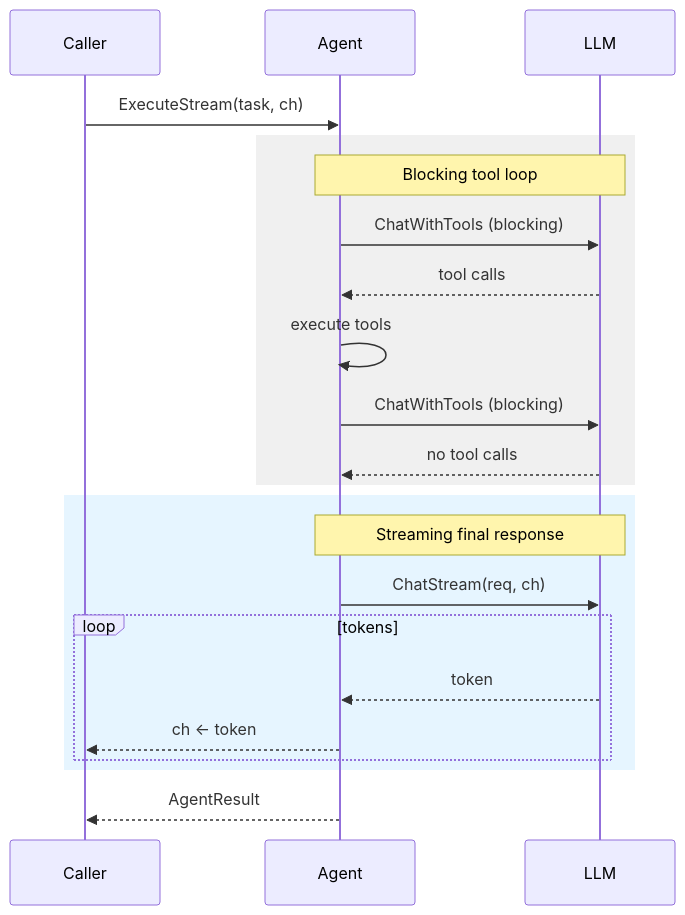
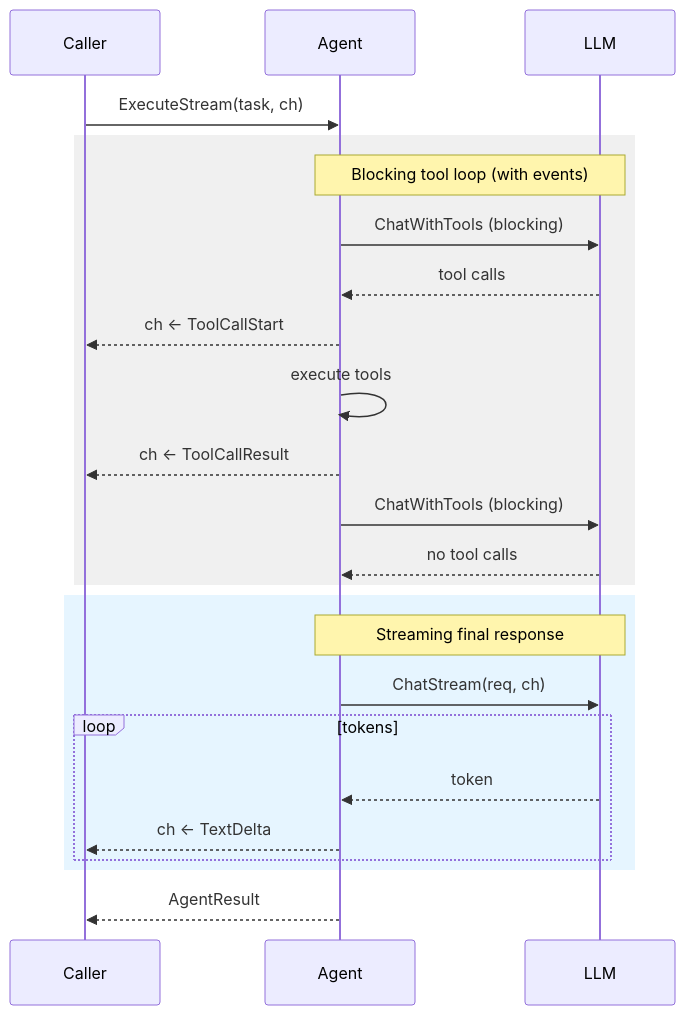
Before and after one commit to nevindra/oasis: the diagram in docs/guides/streaming.md, drawn with Mermaid. The commit also changed other lines of this file and 20 other files, not shown here.

````diff
--- a/docs/guides/streaming.md
+++ b/docs/guides/streaming.md
@@ -26,28 +57,30 @@
 ```mermaid
 sequenceDiagram
     participant Caller
     participant Agent
     participant LLM
 
     Caller->>Agent: ExecuteStream(task, ch)
 
     rect rgb(240, 240, 240)
-        Note over Agent,LLM: Blocking tool loop
+        Note over Agent,LLM: Blocking tool loop (with events)
         Agent->>LLM: ChatWithTools (blocking)
         LLM-->>Agent: tool calls
+        Agent-->>Caller: ch <- ToolCallStart
         Agent->>Agent: execute tools
+        Agent-->>Caller: ch <- ToolCallResult
         Agent->>LLM: ChatWithTools (blocking)
         LLM-->>Agent: no tool calls
     end
 
     rect rgb(230, 245, 255)
         Note over Agent,LLM: Streaming final response
         Agent->>LLM: ChatStream(req, ch)
         loop tokens
             LLM-->>Agent: token
-            Agent-->>Caller: ch <- token
+            Agent-->>Caller: ch <- TextDelta
         end
     end
 
     Agent-->>Caller: AgentResult
 ```
````
